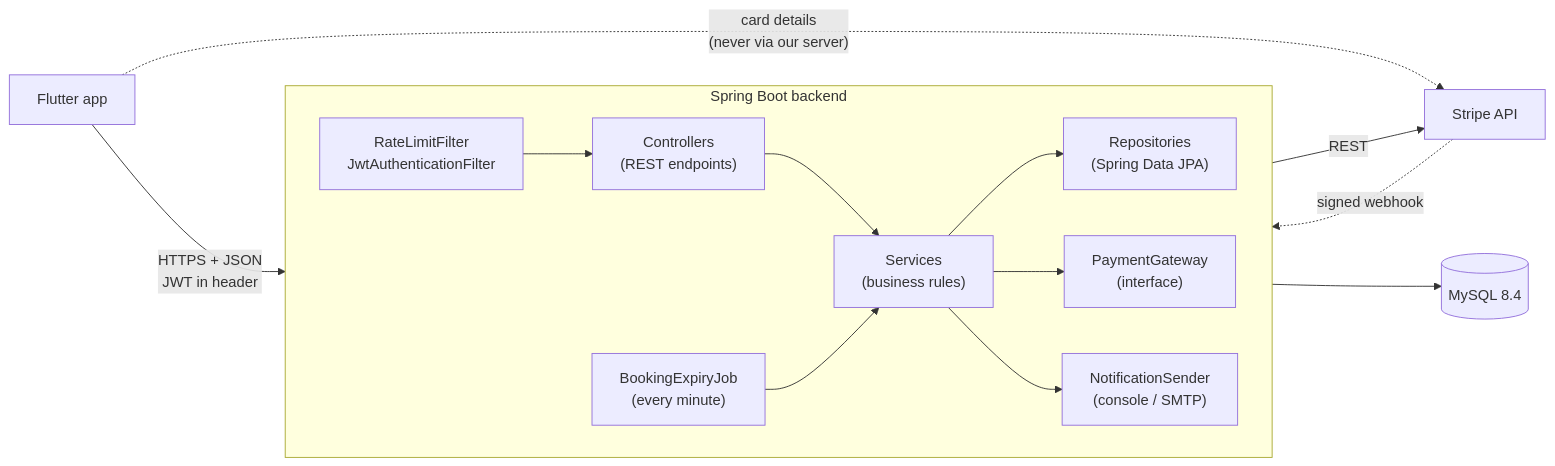
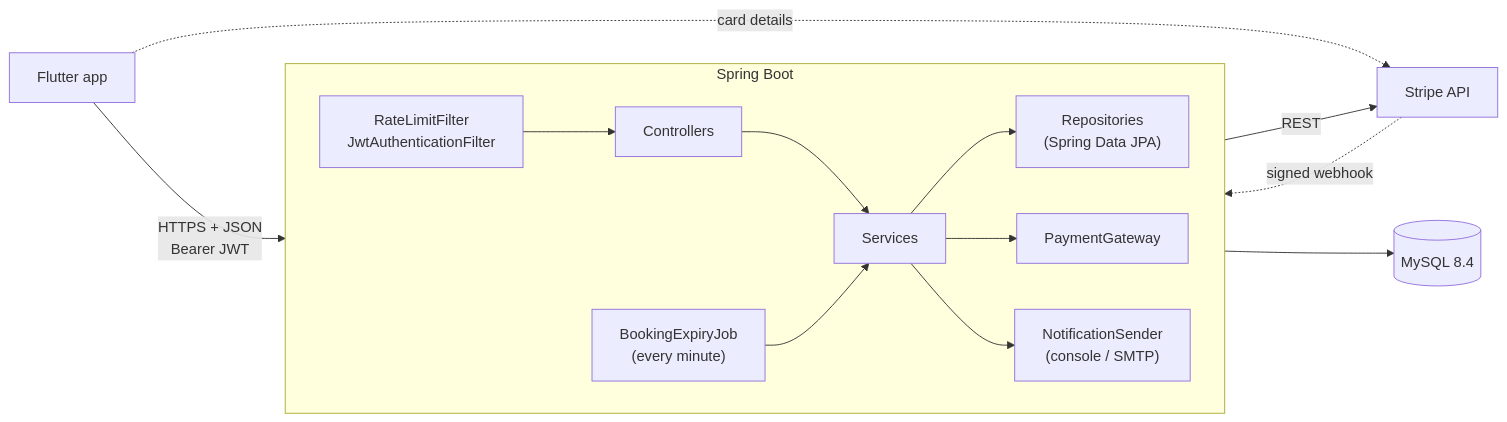
One commit to Malikalqasrawi/gym-booking-backend changed the first of 2 diagrams in README.md. Above: the diagram before and after it, drawn with Mermaid. The commit also changed other lines of this file, not shown here.

````diff
--- a/README.md
+++ b/README.md
@@ -39,19 +37,19 @@
 ```mermaid
 flowchart LR
-    App["Flutter app"] -->|"HTTPS + JSON<br/>JWT in header"| Filters
+    App["Flutter app"] -->|"HTTPS + JSON<br/>Bearer JWT"| Filters
 
-    subgraph Backend["Spring Boot backend"]
+    subgraph Backend["Spring Boot"]
         direction LR
-        Filters["RateLimitFilter<br/>JwtAuthenticationFilter"] --> Controllers["Controllers<br/>(REST endpoints)"]
-        Controllers --> Services["Services<br/>(business rules)"]
+        Filters["RateLimitFilter<br/>JwtAuthenticationFilter"] --> Controllers
+        Controllers --> Services
         Services --> Repositories["Repositories<br/>(Spring Data JPA)"]
-        Services --> Gateway["PaymentGateway<br/>(interface)"]
+        Services --> Gateway["PaymentGateway"]
         Services --> Notify["NotificationSender<br/>(console / SMTP)"]
         Job["BookingExpiryJob<br/>(every minute)"] --> Services
     end
 
     Repositories --> DB[("MySQL 8.4")]
     Gateway -->|"REST"| Stripe["Stripe API"]
     Stripe -.->|"signed webhook"| Controllers
-    App -.->|"card details<br/>(never via our server)"| Stripe
+    App -.->|"card details"| Stripe
 ```
````
